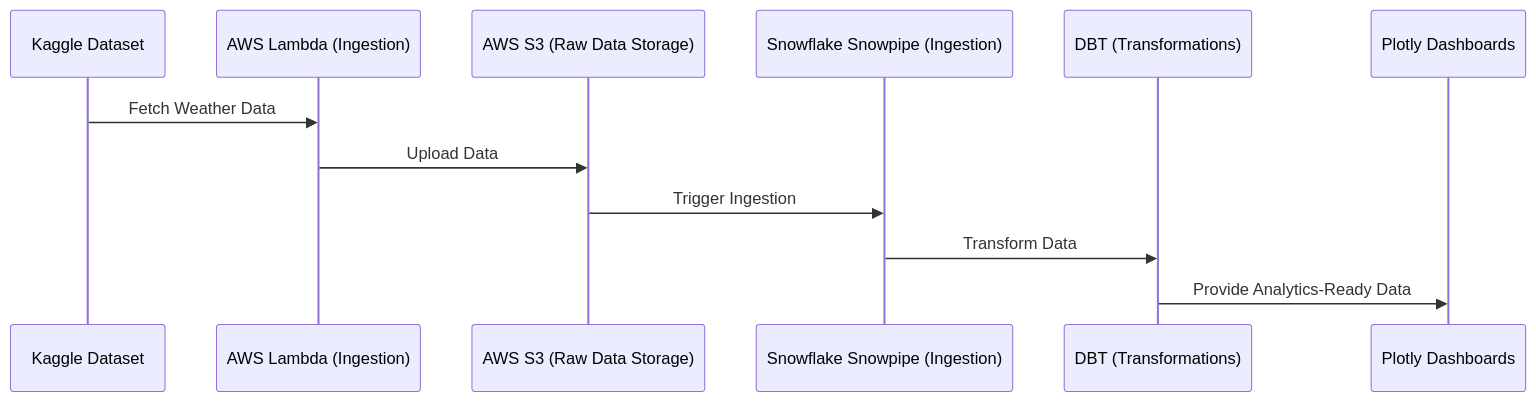
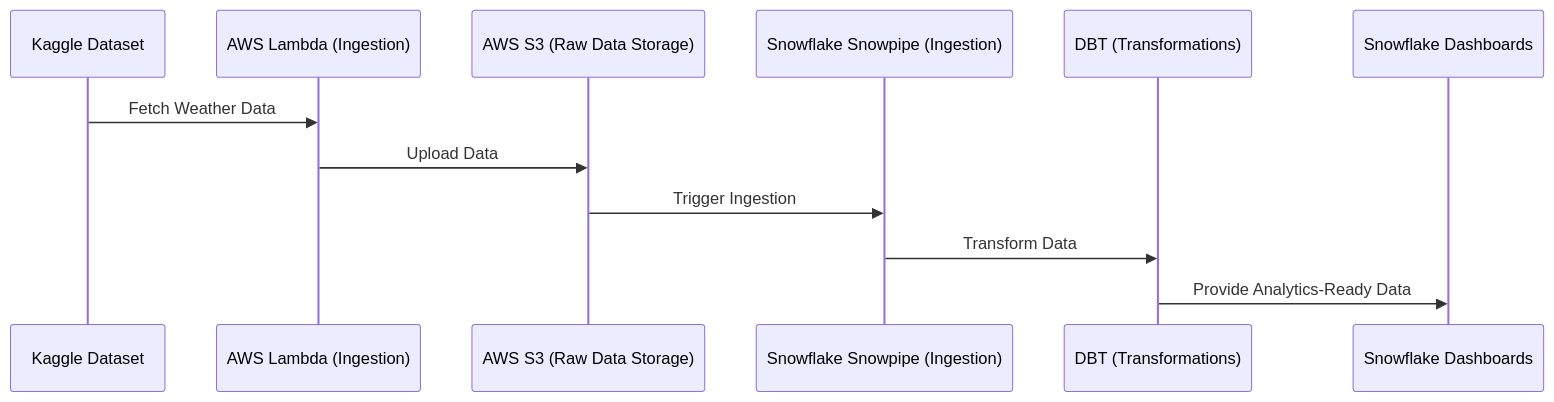
Before and after one commit to arjunrarjunr/de-zoomcamp-final-2025: the diagram in README.md, drawn with Mermaid. The commit also changed other lines of this file, not shown here.

Commit message:
Update README.md to replace references of Plotly dashboards with Snowflake dashboards for consistency in visualization tools.

````diff
--- a/README.md
+++ b/README.md
@@ -51,15 +51,15 @@
 ```mermaid
 sequenceDiagram
     participant Kaggle as Kaggle Dataset
     participant Lambda as AWS Lambda (Ingestion)
     participant S3 as AWS S3 (Raw Data Storage)
     participant Snowpipe as Snowflake Snowpipe (Ingestion)
     participant DBT as DBT (Transformations)
-    participant Dashboard as Plotly Dashboards
+    participant Dashboard as Snowflake Dashboards
 
     Kaggle->>Lambda: Fetch Weather Data
     Lambda->>S3: Upload Data
     S3->>Snowpipe: Trigger Ingestion
     Snowpipe->>DBT: Transform Data
     DBT->>Dashboard: Provide Analytics-Ready Data
 ```
````
